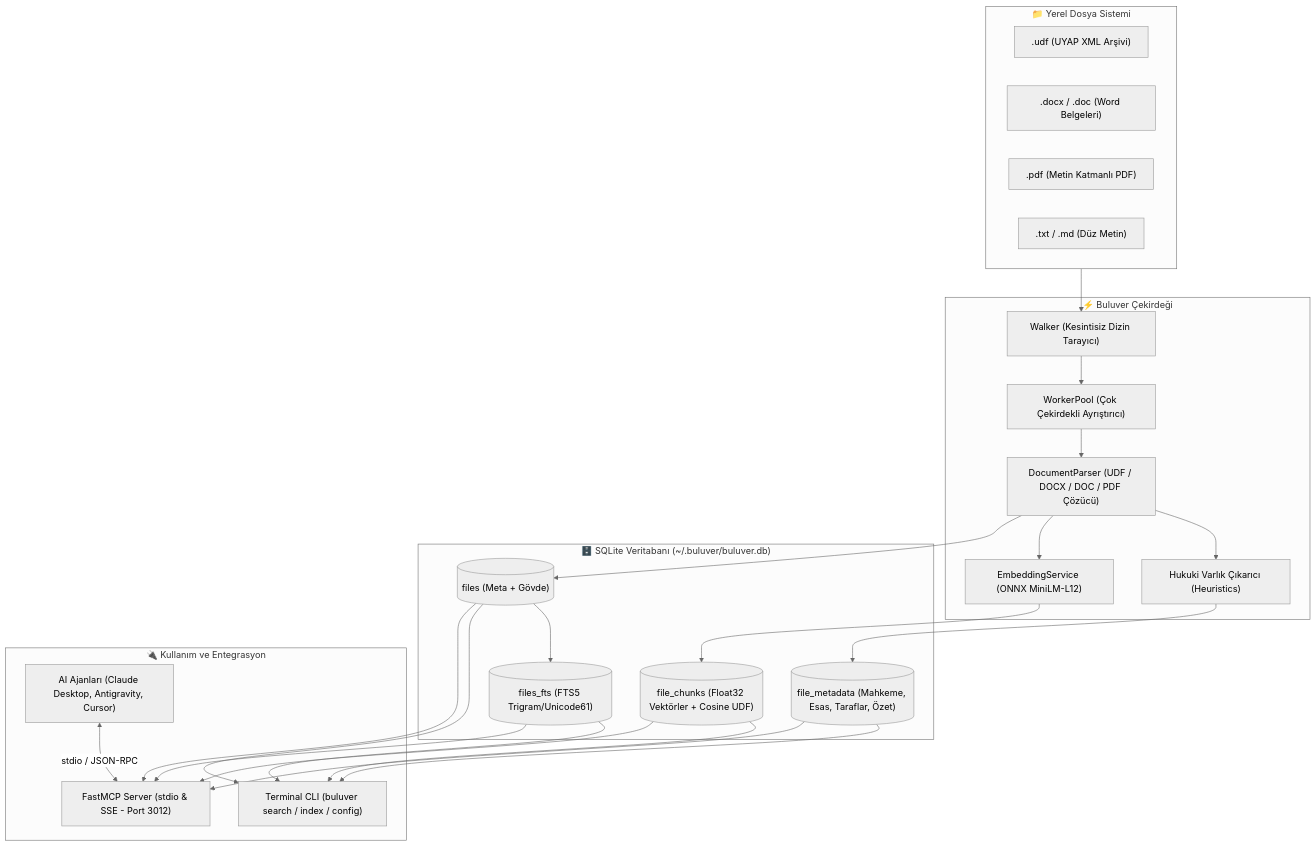
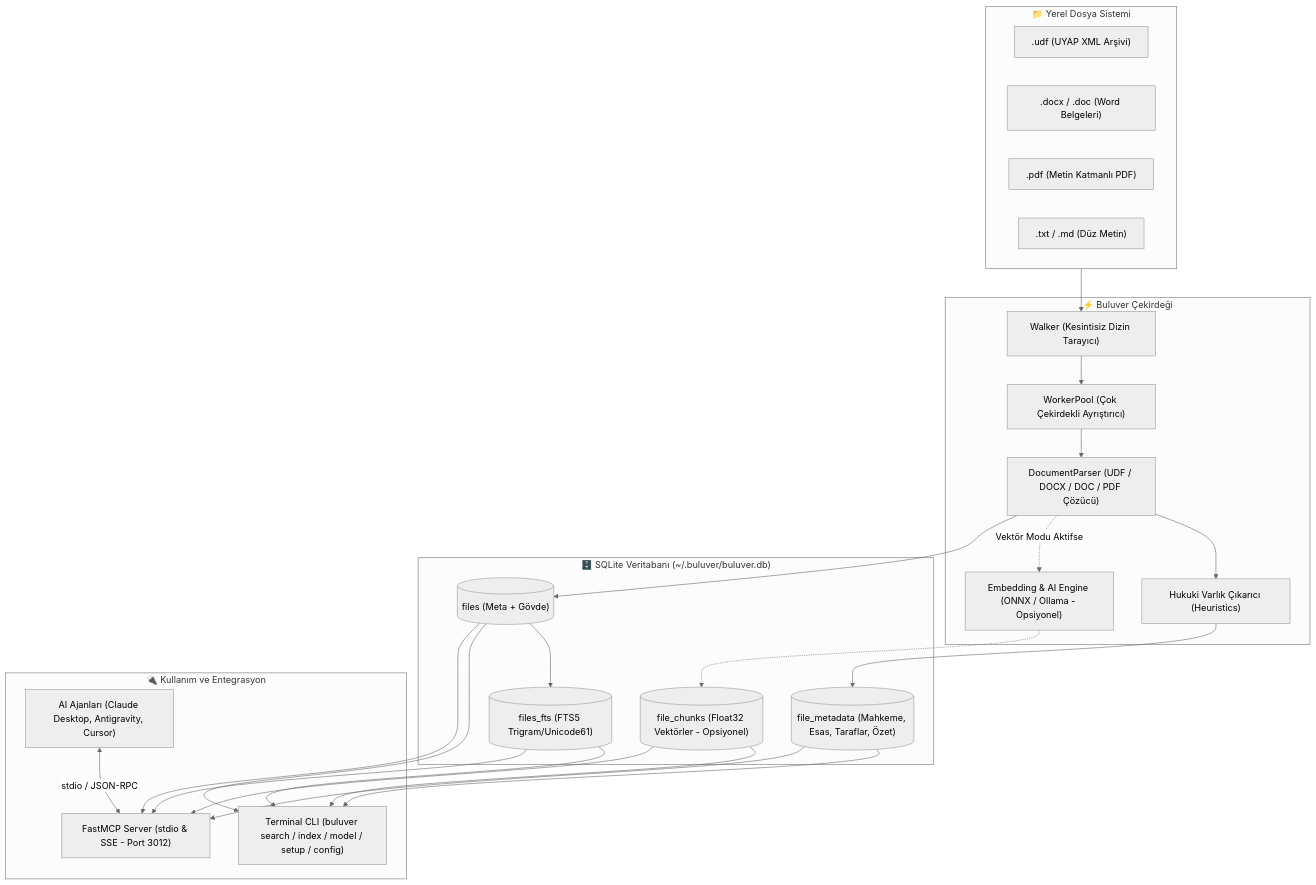
Before and after one commit to murataskin/buluver: the diagram in README.md, drawn with Mermaid (neutral theme). The commit also changed other lines of this file and 26 other files, not shown here.

````diff
--- a/README.md
+++ b/README.md
@@ -29,39 +29,40 @@
 ```mermaid
 flowchart TD
     subgraph Girdiler["📁 Yerel Dosya Sistemi"]
         A1[".udf (UYAP XML Arşivi)"]
         A2[".docx / .doc (Word Belgeleri)"]
         A3[".pdf (Metin Katmanlı PDF)"]
         A4[".txt / .md (Düz Metin)"]
     end
 
     subgraph Tarama["⚡ Buluver Çekirdeği"]
         B["Walker (Kesintisiz Dizin Tarayıcı)"]
         C["WorkerPool (Çok Çekirdekli Ayrıştırıcı)"]
         D["DocumentParser (UDF / DOCX / DOC / PDF Çözücü)"]
         E["Hukuki Varlık Çıkarıcı (Heuristics)"]
-        F["EmbeddingService (ONNX MiniLM-L12)"]
+        F["Embedding & AI Engine (ONNX / Ollama - Opsiyonel)"]
     end
 
     subgraph Veritabani["🗄️ SQLite Veritabanı (~/.buluver/buluver.db)"]
         G[("files (Meta + Gövde)")]
         H[("files_fts (FTS5 Trigram/Unicode61)")]
         I[("file_metadata (Mahkeme, Esas, Taraflar, Özet)")]
-        J[("file_chunks (Float32 Vektörler + Cosine UDF)")]
+        J[("file_chunks (Float32 Vektörler - Opsiyonel)")]
     end
 
     subgraph Arayuzler["🔌 Kullanım ve Entegrasyon"]
-        K["Terminal CLI (buluver search / index / config)"]
+        K["Terminal CLI (buluver search / index / model / setup / config)"]
         L["FastMCP Server (stdio & SSE - Port 3012)"]
         M["AI Ajanları (Claude Desktop, Antigravity, Cursor)"]
     end
 
-    Girdiler --> B --> C --> D --> E & F
+    Girdiler --> B --> C --> D --> E
+    D -.->|Vektör Modu Aktifse| F
     D --> G --> H
     E --> I
-    F --> J
+    F -.-> J
 
     G & H & I & J --> K
     G & H & I & J --> L
     M <-->|stdio / JSON-RPC| L
 ```
````
